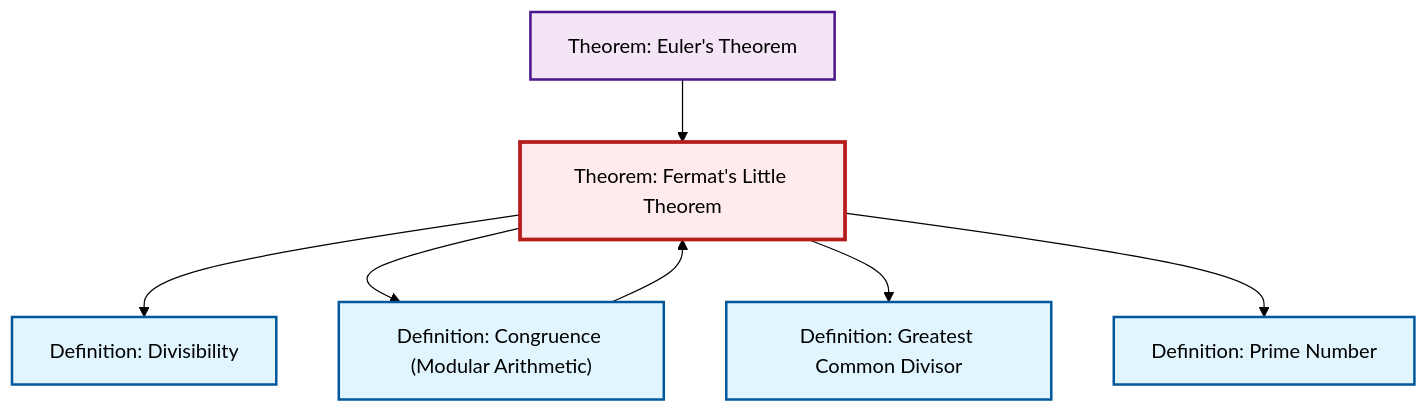
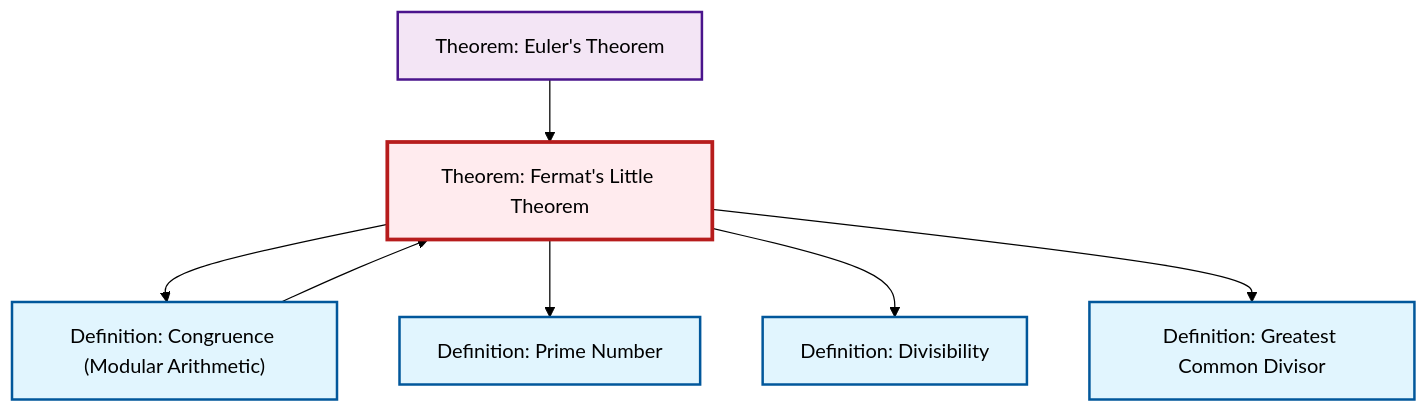
Before and after one commit to RK0429/ModernMath: the diagram in content/ja/number-theory/thm-fermat-little.qmd, drawn with Mermaid (forest theme). The commit also changed other lines of this file and 554 other files, not shown here.

````diff
--- a/content/ja/number-theory/thm-fermat-little.qmd
+++ b/content/ja/number-theory/thm-fermat-little.qmd
@@ -90,27 +90,27 @@
 ```{mermaid}
 %%| fig-cap: "Local dependency graph"
 graph TD
     classDef definition fill:#e1f5fe,stroke:#01579b,stroke-width:2px
     classDef theorem fill:#f3e5f5,stroke:#4a148c,stroke-width:2px
     classDef axiom fill:#fff3e0,stroke:#e65100,stroke-width:2px
     classDef example fill:#e8f5e9,stroke:#1b5e20,stroke-width:2px
     classDef current fill:#ffebee,stroke:#b71c1c,stroke-width:3px
+    def-prime["Definition: Prime Number"]:::definition
     def-divisibility["Definition: Divisibility"]:::definition
     thm-euler["Theorem: Euler's Theorem"]:::theorem
     thm-fermat-little["Theorem: Fermat's Little Theorem"]:::theorem
     def-congruence["Definition: Congruence (Modular Arithmetic)"]:::definition
     def-gcd["Definition: Greatest Common Divisor"]:::definition
-    def-prime["Definition: Prime Number"]:::definition
+    thm-fermat-little --> def-congruence
+    thm-fermat-little --> def-prime
     thm-fermat-little --> def-divisibility
     thm-euler --> thm-fermat-little
     def-congruence --> thm-fermat-little
-    thm-fermat-little --> def-congruence
     thm-fermat-little --> def-gcd
-    thm-fermat-little --> def-prime
     class thm-fermat-little current
+    click def-prime "def-prime.html" "Definition: Prime Numberへ"
     click def-divisibility "def-divisibility.html" "Definition: Divisibilityへ"
     click thm-euler "thm-euler.html" "Theorem: Euler's Theoremへ"
     click def-congruence "def-congruence.html" "Definition: Congruence (Modular Arithmetic)へ"
     click def-gcd "def-gcd.html" "Definition: Greatest Common Divisorへ"
-    click def-prime "def-prime.html" "Definition: Prime Numberへ"
 ```
````
